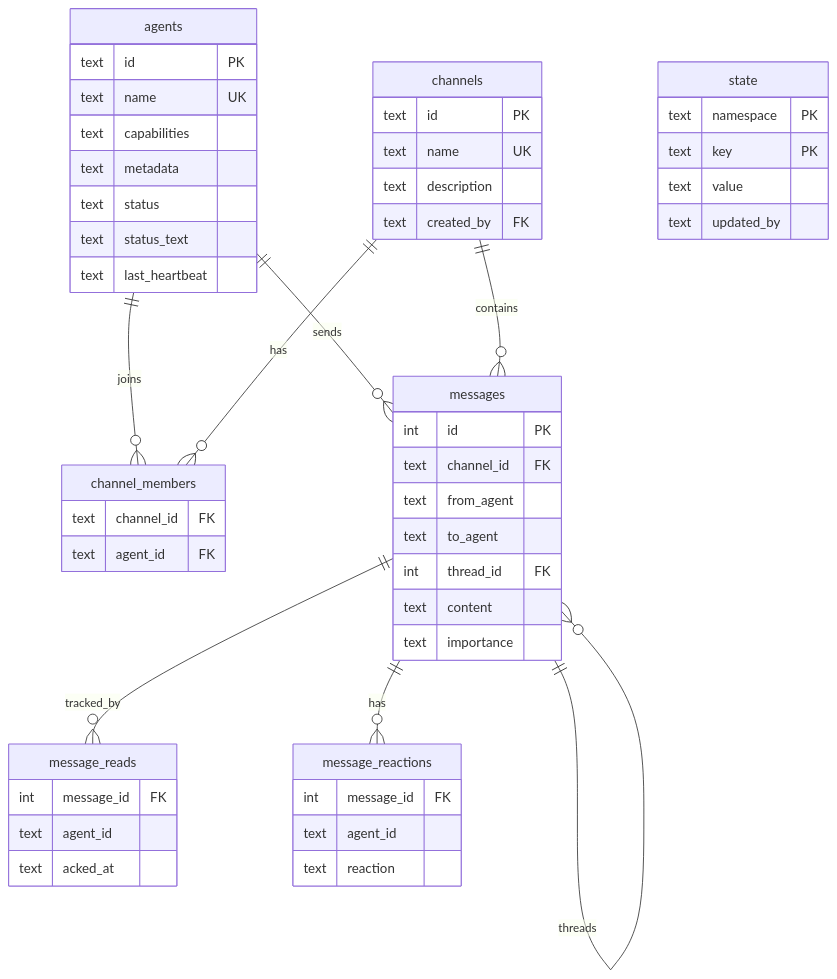
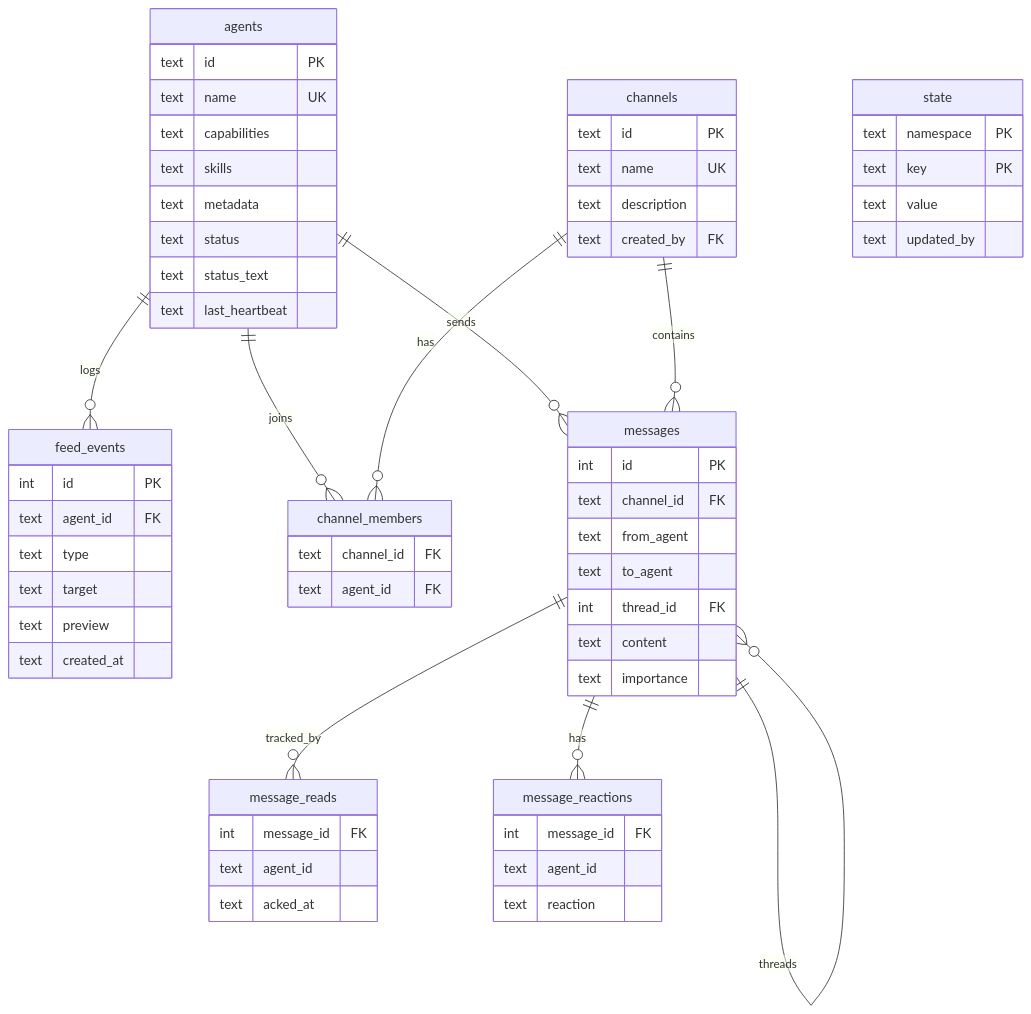
The diagram in docs/ARCHITECTURE.md (keshrath/agent-comm), drawn with Mermaid before and after one commit. The commit also changed other lines of this file and 19 other files, not shown here.

````diff
--- a/docs/ARCHITECTURE.md
+++ b/docs/ARCHITECTURE.md
@@ -58,55 +59,65 @@
 ```mermaid
 erDiagram
     agents {
         text id PK
         text name UK
         text capabilities
+        text skills
         text metadata
         text status
         text status_text
         text last_heartbeat
+    }
+    feed_events {
+        int id PK
+        text agent_id FK
+        text type
+        text target
+        text preview
+        text created_at
     }
     channels {
         text id PK
         text name UK
         text description
         text created_by FK
     }
     channel_members {
         text channel_id FK
         text agent_id FK
     }
     messages {
         int id PK
         text channel_id FK
         text from_agent
         text to_agent
         int thread_id FK
         text content
         text importance
     }
     message_reads {
         int message_id FK
         text agent_id
         text acked_at
     }
     message_reactions {
         int message_id FK
         text agent_id
         text reaction
     }
     state {
         text namespace PK
         text key PK
         text value
         text updated_by
     }
 
     agents ||--o{ messages : sends
     agents ||--o{ channel_members : joins
     channels ||--o{ channel_members : has
     channels ||--o{ messages : contains
     messages ||--o{ messages : threads
     messages ||--o{ message_reads : tracked_by
     messages ||--o{ message_reactions : has
+    agents ||--o{ feed_events : logs
 ```
````
